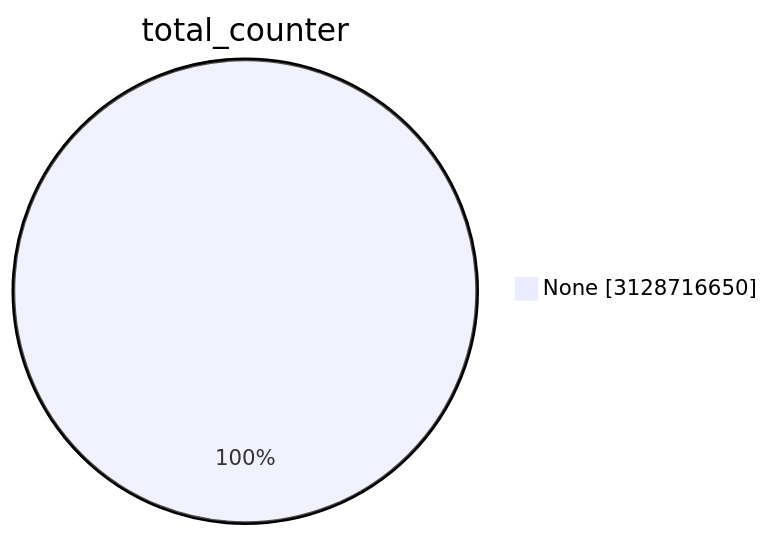
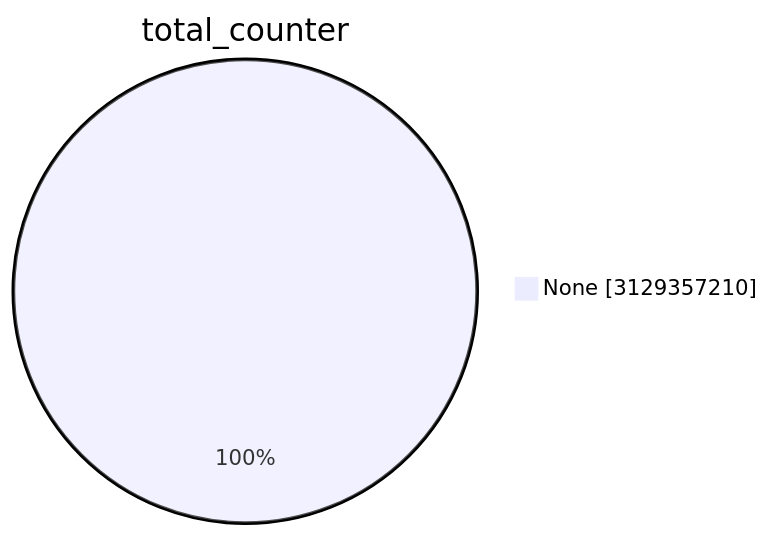
Before and after one commit to christiankrug/ctmonitor_visualization: the first of 15 diagrams in TOTAL/README.md, drawn with Mermaid. The commit also changed other lines of this file, not shown here.

````diff
--- a/TOTAL/README.md
+++ b/TOTAL/README.md
@@ -1,5 +1,5 @@
 ```mermaid
 pie showData
 title total_counter
-"None" :3128716650
+"None" :3129357210
 ```
````
